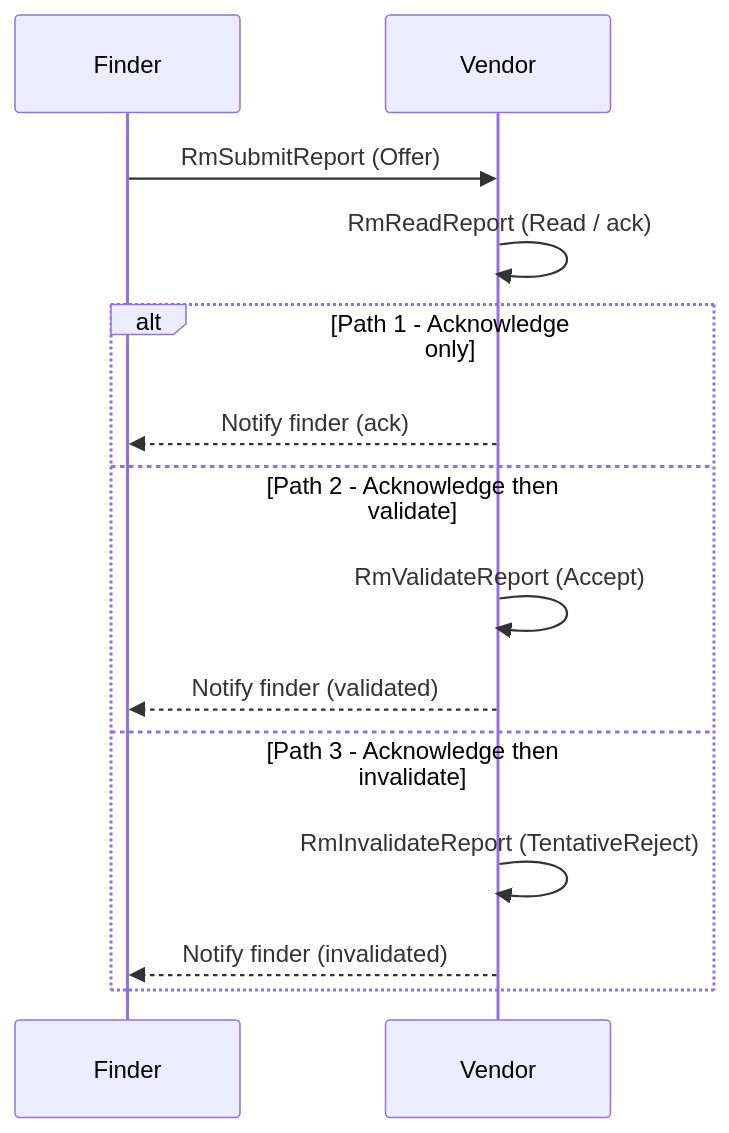
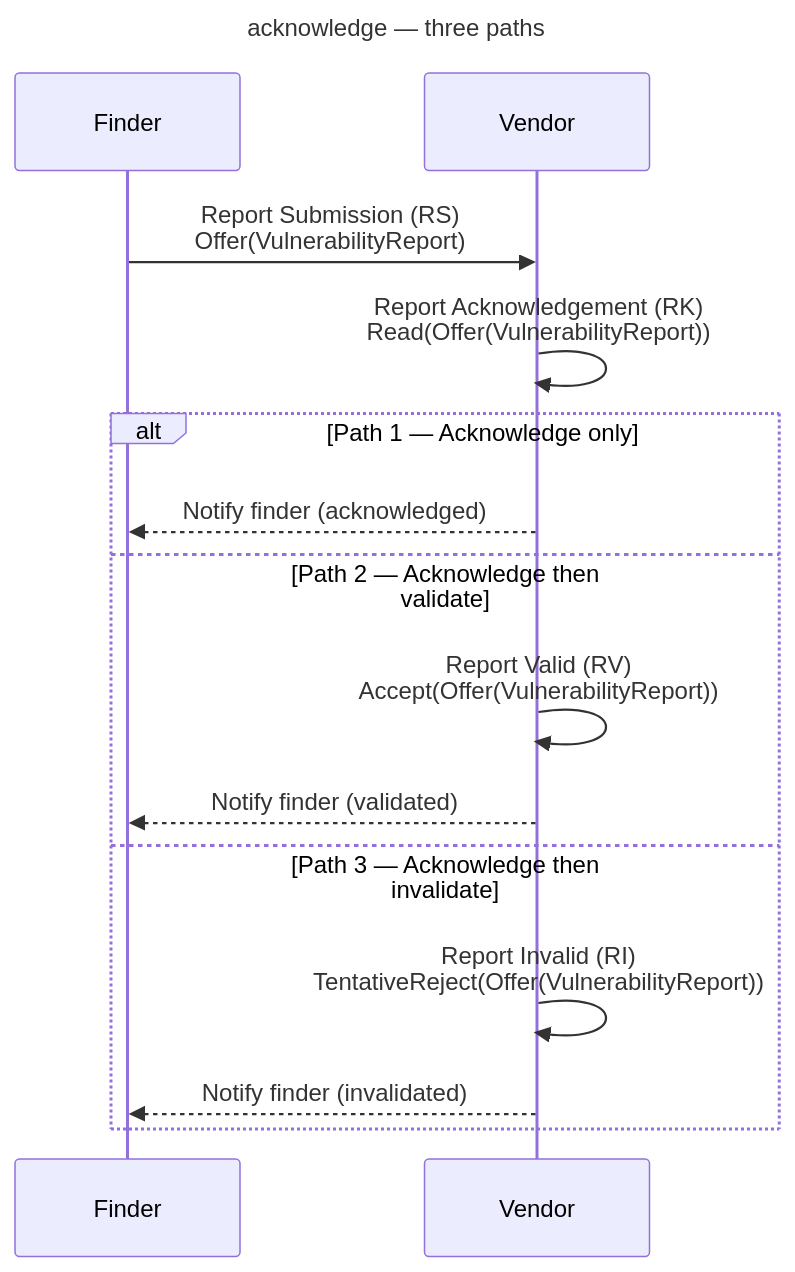
The seventh of 8 diagrams in docs/tutorials/other_demos.md (CERTCC/Vultron), drawn with Mermaid before and after one commit. The commit also changed other lines of this file and 24 other files, not shown here.

````diff
--- a/docs/tutorials/other_demos.md
+++ b/docs/tutorials/other_demos.md
@@ -319,17 +318,20 @@
 ```mermaid
+---
+title: acknowledge — three paths
+---
 sequenceDiagram
     participant F as Finder
     participant V as Vendor
 
-    F->>V: RmSubmitReport (Offer)
-    V->>V: RmReadReport (Read / ack)
-    alt Path 1 - Acknowledge only
-        V-->>F: Notify finder (ack)
-    else Path 2 - Acknowledge then validate
-        V->>V: RmValidateReport (Accept)
+    F->>V: Report Submission (RS)<br/>Offer(VulnerabilityReport)
+    V->>V: Report Acknowledgement (RK)<br/>Read(Offer(VulnerabilityReport))
+    alt Path 1 — Acknowledge only
+        V-->>F: Notify finder (acknowledged)
+    else Path 2 — Acknowledge then validate
+        V->>V: Report Valid (RV)<br/>Accept(Offer(VulnerabilityReport))
         V-->>F: Notify finder (validated)
-    else Path 3 - Acknowledge then invalidate
-        V->>V: RmInvalidateReport (TentativeReject)
+    else Path 3 — Acknowledge then invalidate
+        V->>V: Report Invalid (RI)<br/>TentativeReject(Offer(VulnerabilityReport))
         V-->>F: Notify finder (invalidated)
     end
 ```
````
